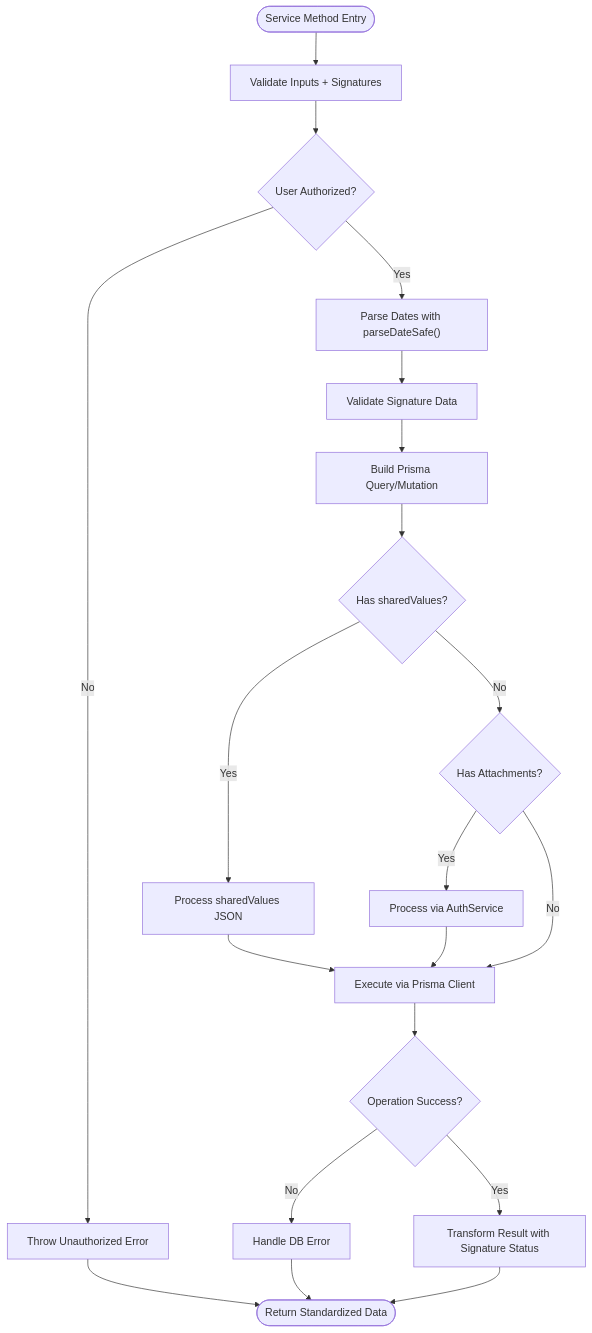
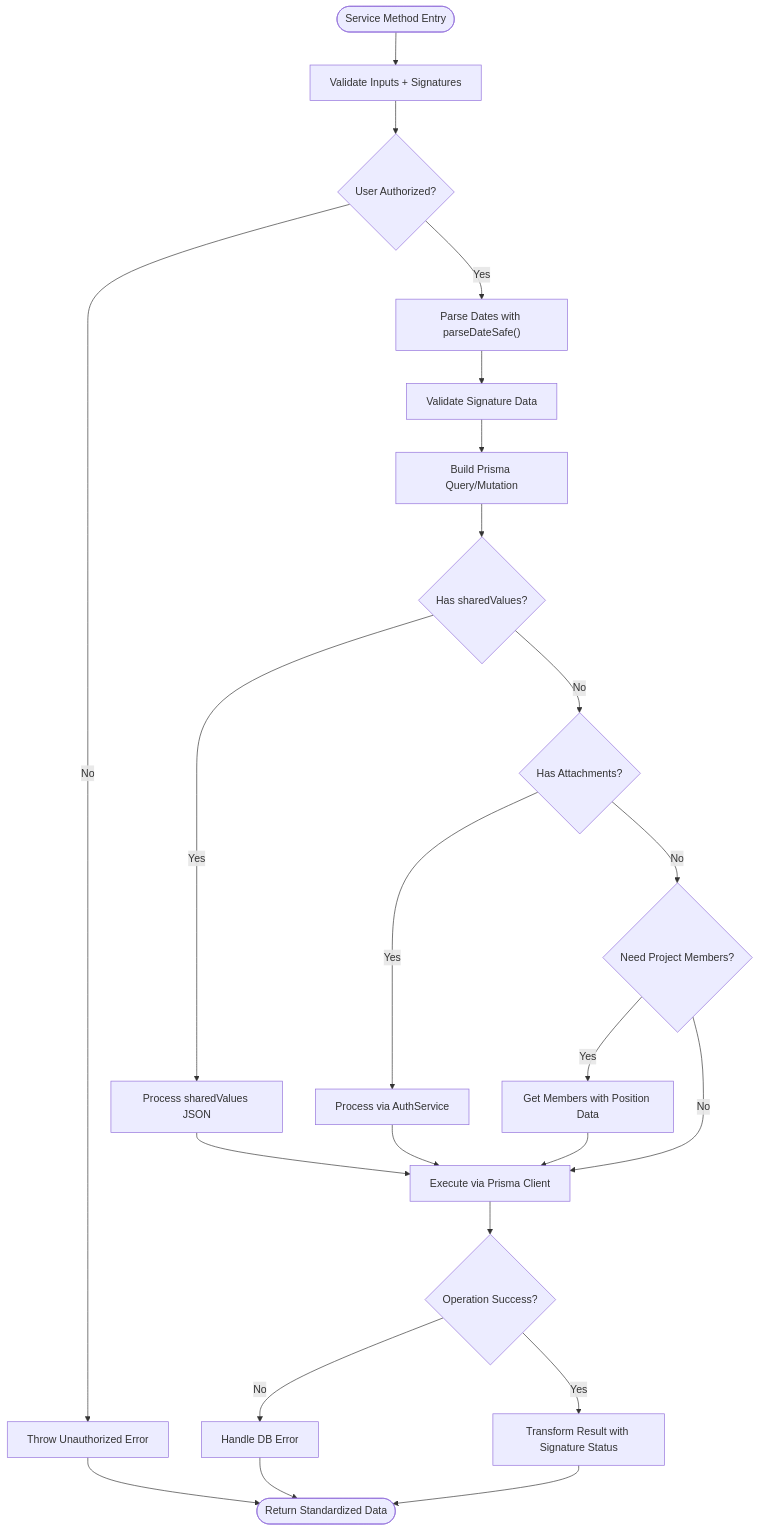
The fourth of 10 diagrams in .qoder/repowiki/en/content/Arquitetura Backend/Módulos do Sistema/Timesheet Semanal - Módulo Backend.md (RobertRuas/windlog), drawn with Mermaid before and after one commit. The commit also changed other lines of this file and 12 other files, not shown here.

````diff
--- a/.qoder/repowiki/en/content/Arquitetura Backend/Módulos do Sistema/Timesheet Semanal - Módulo Backend.md
+++ b/.qoder/repowiki/en/content/Arquitetura Backend/Módulos do Sistema/Timesheet Semanal - Módulo Backend.md
@@ -279,22 +289,25 @@
 ```mermaid
 flowchart TD
 Start(["Service Method Entry"]) --> Validate["Validate Inputs + Signatures"]
 Validate --> CheckAuth{"User Authorized?"}
 CheckAuth --> |No| ThrowError["Throw Unauthorized Error"]
 CheckAuth --> |Yes| ParseDates["Parse Dates with parseDateSafe()"]
 ParseDates --> ValidateSignatures["Validate Signature Data"]
 ValidateSignatures --> BuildQuery["Build Prisma Query/Mutation"]
 BuildQuery --> HandleSharedValues{"Has sharedValues?"}
 HandleSharedValues --> |Yes| ProcessSharedValues["Process sharedValues JSON"]
 HandleSharedValues --> |No| CheckAttachments{"Has Attachments?"}
 CheckAttachments --> |Yes| ProcessAttachments["Process via AuthService"]
-CheckAttachments --> |No| Execute["Execute via Prisma Client"]
+CheckAttachments --> |No| CheckProjectMembers{"Need Project Members?"}
+CheckProjectMembers --> |Yes| GetMembersWithPositions["Get Members with Position Data"]
+CheckProjectMembers --> |No| Execute["Execute via Prisma Client"]
+GetMembersWithPositions --> Execute
 ProcessSharedValues --> Execute
 ProcessAttachments --> Execute
 Execute --> Success{"Operation Success?"}
 Success --> |No| HandleError["Handle DB Error"]
 Success --> |Yes| Transform["Transform Result with Signature Status"]
 Transform --> Return(["Return Standardized Data"])
 HandleError --> Return
 ThrowError --> Return
 ```
````
